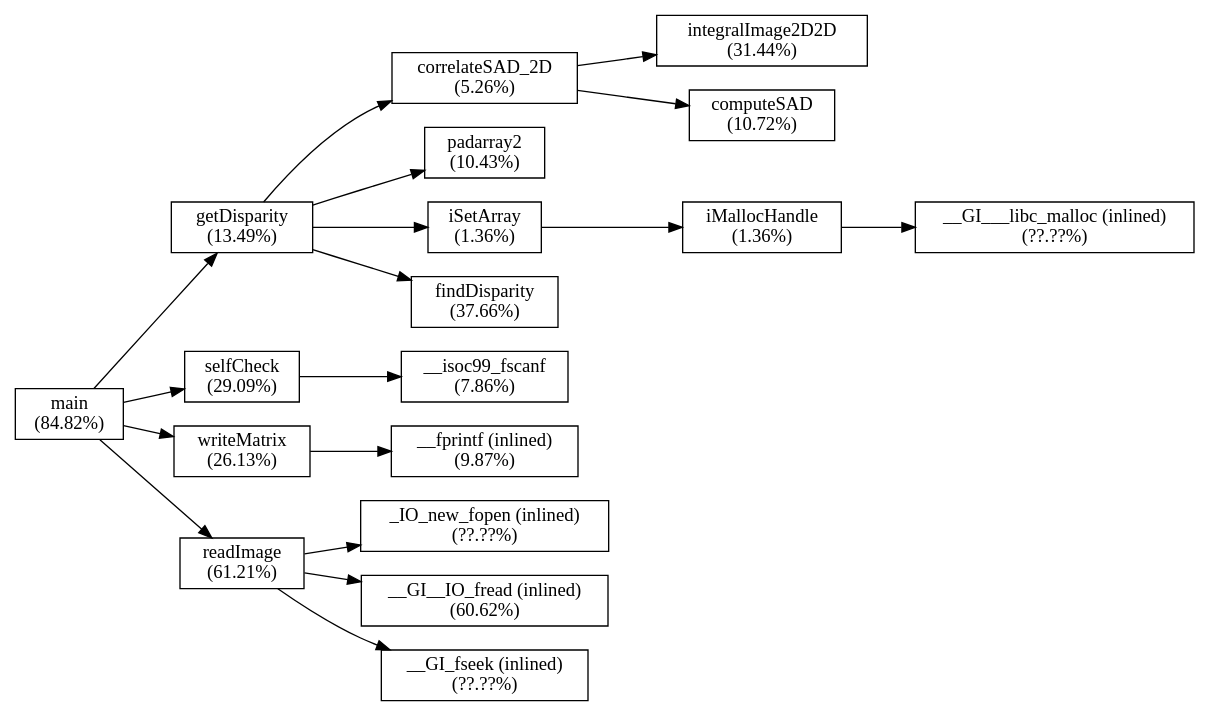
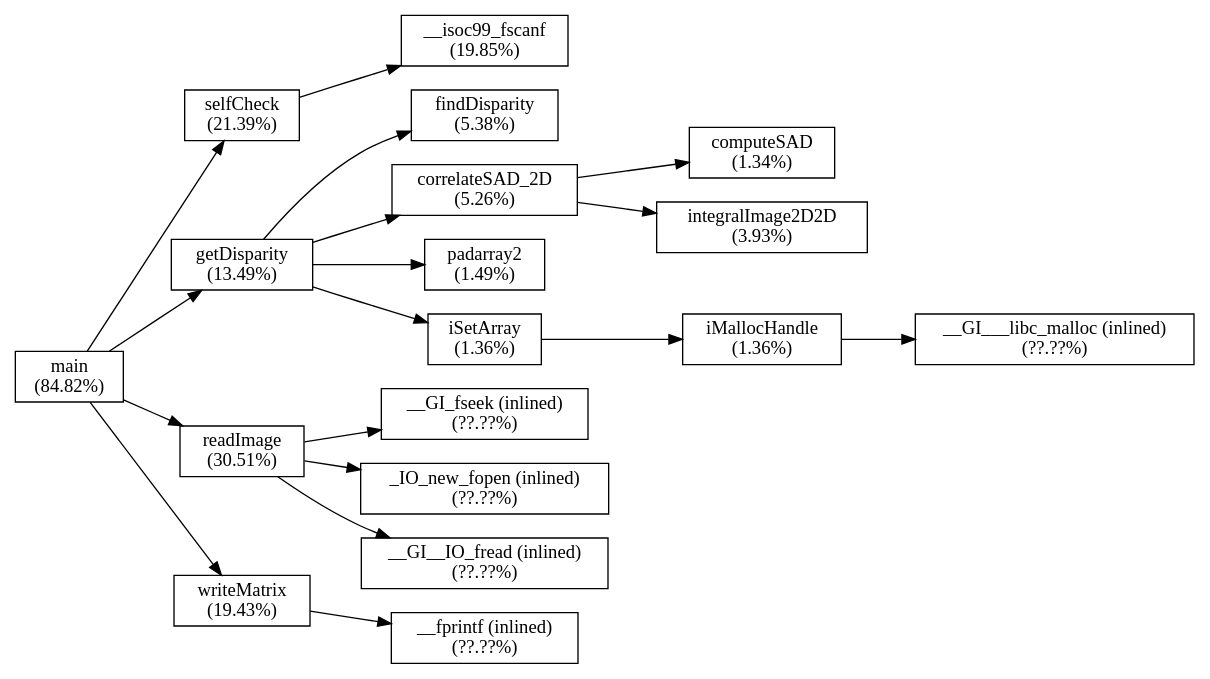
One commit to tiagolascasas/wonderland changed the diagram in PerfTools/folded_callgraph.dot. Above: the diagram before and after it, drawn with Graphviz. The commit also changed 1 other file, not shown here.

```diff
--- a/PerfTools/folded_callgraph.dot
+++ b/PerfTools/folded_callgraph.dot
@@ -1,57 +1,57 @@
 digraph G {
   rankdir=LR;
   node [shape=box];
   "main" [label="main
 (84.82%)"];
+  "main" -> "selfCheck";
   "main" -> "getDisparity";
-  "main" -> "selfCheck";
+  "main" -> "readImage";
   "main" -> "writeMatrix";
-  "main" -> "readImage";
-  "writeMatrix" [label="writeMatrix
-(26.13%)"];
-  "writeMatrix" -> "__fprintf (inlined)";
-  "readImage" [label="readImage
-(61.21%)"];
-  "readImage" -> "_IO_new_fopen (inlined)";
-  "readImage" -> "__GI__IO_fread (inlined)";
-  "readImage" -> "__GI_fseek (inlined)";
-  "selfCheck" [label="selfCheck
-(29.09%)"];
-  "selfCheck" -> "__isoc99_fscanf";
   "getDisparity" [label="getDisparity
 (13.49%)"];
+  "getDisparity" -> "findDisparity";
   "getDisparity" -> "correlateSAD_2D";
   "getDisparity" -> "padarray2";
   "getDisparity" -> "iSetArray";
-  "getDisparity" -> "findDisparity";
-  "__fprintf (inlined)" [label="__fprintf (inlined)
-(9.87%)"];
-  "findDisparity" [label="findDisparity
-(37.66%)"];
+  "readImage" [label="readImage
+(30.51%)"];
+  "readImage" -> "__GI_fseek (inlined)";
+  "readImage" -> "_IO_new_fopen (inlined)";
+  "readImage" -> "__GI__IO_fread (inlined)";
+  "selfCheck" [label="selfCheck
+(21.39%)"];
+  "selfCheck" -> "__isoc99_fscanf";
+  "writeMatrix" [label="writeMatrix
+(19.43%)"];
+  "writeMatrix" -> "__fprintf (inlined)";
+  "__GI_fseek (inlined)" [label="__GI_fseek (inlined)
+(??.??%)"];
   "correlateSAD_2D" [label="correlateSAD_2D
 (5.26%)"];
+  "correlateSAD_2D" -> "computeSAD";
   "correlateSAD_2D" -> "integralImage2D2D";
-  "correlateSAD_2D" -> "computeSAD";
+  "padarray2" [label="padarray2
+(1.49%)"];
   "__GI__IO_fread (inlined)" [label="__GI__IO_fread (inlined)
-(60.62%)"];
-  "_IO_new_fopen (inlined)" [label="_IO_new_fopen (inlined)
 (??.??%)"];
-  "__GI_fseek (inlined)" [label="__GI_fseek (inlined)
-(??.??%)"];
-  "__isoc99_fscanf" [label="__isoc99_fscanf
-(7.86%)"];
-  "padarray2" [label="padarray2
-(10.43%)"];
-  "computeSAD" [label="computeSAD
-(10.72%)"];
   "iSetArray" [label="iSetArray
 (1.36%)"];
   "iSetArray" -> "iMallocHandle";
-  "integralImage2D2D" [label="integralImage2D2D
-(31.44%)"];
   "iMallocHandle" [label="iMallocHandle
 (1.36%)"];
   "iMallocHandle" -> "__GI___libc_malloc (inlined)";
+  "findDisparity" [label="findDisparity
+(5.38%)"];
+  "_IO_new_fopen (inlined)" [label="_IO_new_fopen (inlined)
+(??.??%)"];
+  "__isoc99_fscanf" [label="__isoc99_fscanf
+(19.85%)"];
+  "__fprintf (inlined)" [label="__fprintf (inlined)
+(??.??%)"];
+  "integralImage2D2D" [label="integralImage2D2D
+(3.93%)"];
+  "computeSAD" [label="computeSAD
+(1.34%)"];
   "__GI___libc_malloc (inlined)" [label="__GI___libc_malloc (inlined)
 (??.??%)"];
 }
```
